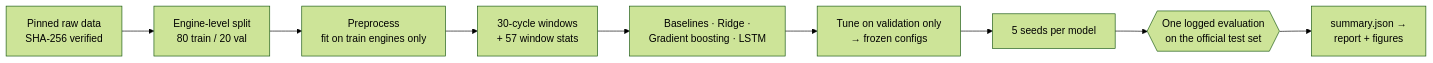
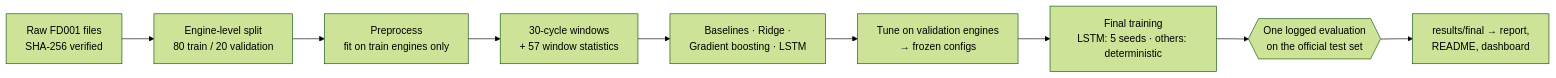
The first of 2 diagrams in README.md (Eliot-2006/engine-rul), drawn with Mermaid (forest theme) before and after one commit. The commit also changed other lines of this file and 11 other files, not shown here.

````diff
--- a/README.md
+++ b/README.md
@@ -82,11 +38,11 @@
 ```mermaid
 flowchart LR
-  A[Pinned raw data<br/>SHA-256 verified] --> B[Engine-level split<br/>80 train / 20 val]
+  A[Raw FD001 files<br/>SHA-256 verified] --> B[Engine-level split<br/>80 train / 20 validation]
   B --> C[Preprocess<br/>fit on train engines only]
-  C --> D[30-cycle windows<br/>+ 57 window stats]
+  C --> D[30-cycle windows<br/>+ 57 window statistics]
   D --> E[Baselines · Ridge ·<br/>Gradient boosting · LSTM]
-  E --> F[Tune on validation only<br/>→ frozen configs]
-  F --> G[5 seeds per model]
+  E --> F[Tune on validation engines<br/>→ frozen configs]
+  F --> G[Final training<br/>LSTM: 5 seeds · others: deterministic]
   G --> H{{One logged evaluation<br/>on the official test set}}
-  H --> I[summary.json →<br/>report + figures]
+  H --> I[results/final → report,<br/>README, dashboard]
 ```
````
